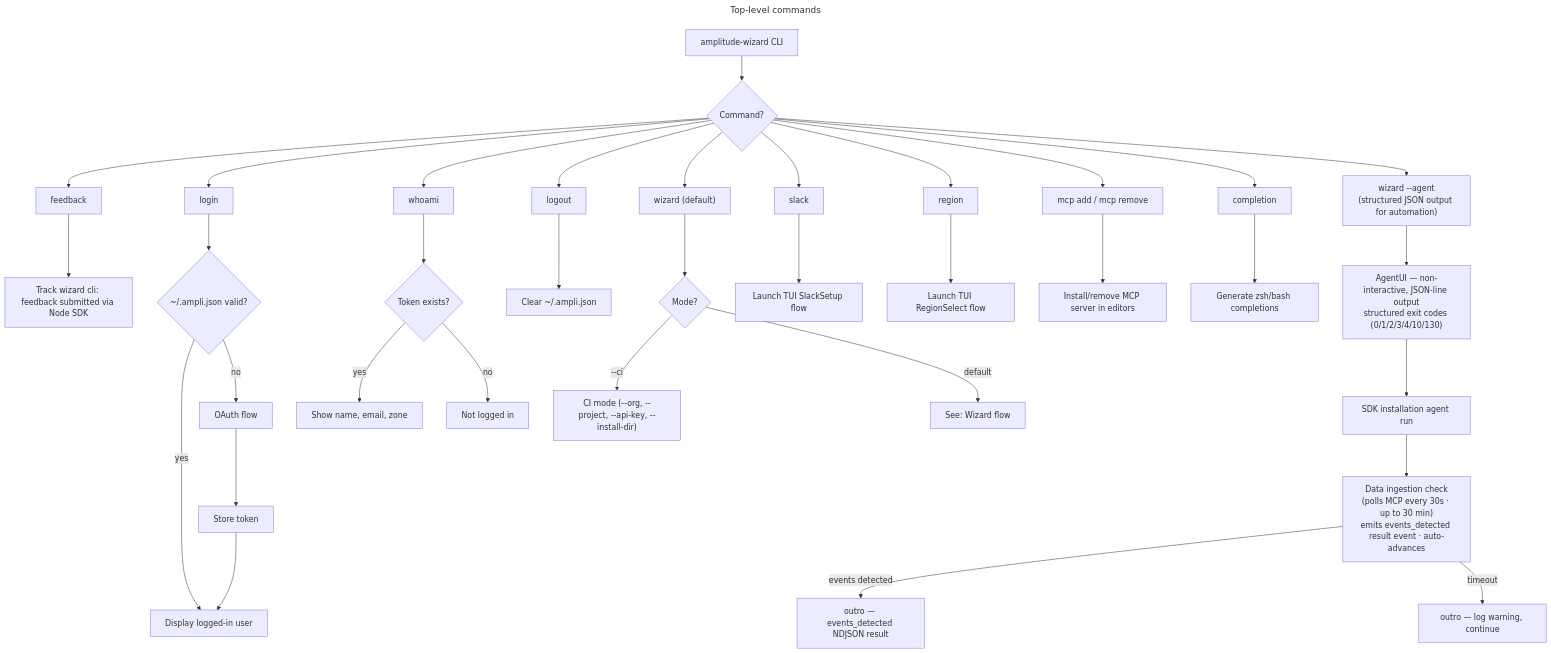
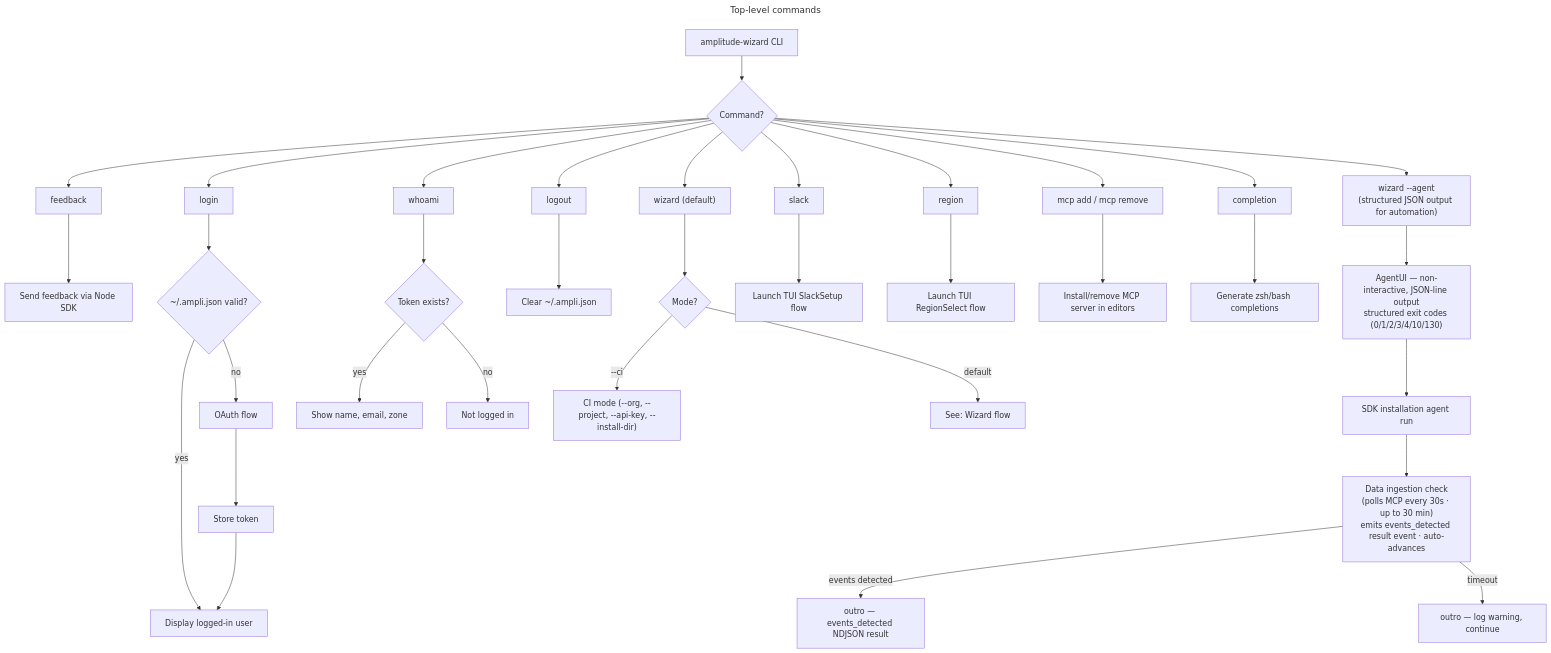
One commit to amplitude/wizard changed the first of 7 diagrams in docs/flows.md. Above: the diagram before and after it, drawn with Mermaid. The commit also changed other lines of this file and 3 other files, not shown here.

````diff
--- a/docs/flows.md
+++ b/docs/flows.md
@@ -28,45 +28,45 @@
 ```mermaid
 ---
 title: Top-level commands
 ---
 flowchart TD
     CLI["amplitude-wizard CLI"] --> CMD{Command?}
 
     CMD --> LOGIN["login"]
     CMD --> LOGOUT["logout"]
     CMD --> WHOAMI["whoami"]
     CMD --> FEEDBACK["feedback"]
     CMD --> SLACK_CMD["slack"]
     CMD --> REGION_CMD["region"]
     CMD --> MCP_CMD["mcp add / mcp remove"]
     CMD --> COMPLETION["completion"]
     CMD --> WIZARD["wizard (default)"]
     CMD --> AGENT["wizard --agent<br/>(structured JSON output for automation)"]
 
-    FEEDBACK --> FEEDBACK_SEND["Track wizard cli: feedback submitted via Node SDK"]
+    FEEDBACK --> FEEDBACK_SEND["Send feedback via Node SDK"]
 
     AGENT --> AGENT_UI["AgentUI — non-interactive, JSON-line output<br/>structured exit codes (0/1/2/3/4/10/130)"]
     AGENT_UI --> AGENT_RUN["SDK installation agent run"]
     AGENT_RUN --> AGENT_POLL["Data ingestion check<br/>(polls MCP every 30s · up to 30 min)<br/>emits events_detected result event · auto-advances"]
     AGENT_POLL -->|events detected| AGENT_DONE["outro — events_detected NDJSON result"]
     AGENT_POLL -->|timeout| AGENT_TIMEOUT["outro — log warning, continue"]
 
     LOGIN --> LOGIN_CHECK{~/.ampli.json valid?}
     LOGIN_CHECK -->|yes| LOGIN_DONE["Display logged-in user"]
     LOGIN_CHECK -->|no| OAUTH["OAuth flow"] --> STORE["Store token"] --> LOGIN_DONE
 
     LOGOUT --> CLEAR["Clear ~/.ampli.json"]
 
     WHOAMI --> CHECK_TOKEN{Token exists?}
     CHECK_TOKEN -->|yes| SHOW_USER["Show name, email, zone"]
     CHECK_TOKEN -->|no| NOT_LOGGED_IN["Not logged in"]
 
     SLACK_CMD --> SLACK_TUI["Launch TUI SlackSetup flow"]
     REGION_CMD --> REGION_TUI["Launch TUI RegionSelect flow"]
     MCP_CMD --> MCP_INSTALL["Install/remove MCP server in editors"]
     COMPLETION --> SHELL_COMP["Generate zsh/bash completions"]
 
     WIZARD --> MODE{Mode?}
     MODE -->|--ci| CI["CI mode (--org, --project, --api-key, --install-dir)"]
     MODE -->|default| W["See: Wizard flow"]
 ```
````
